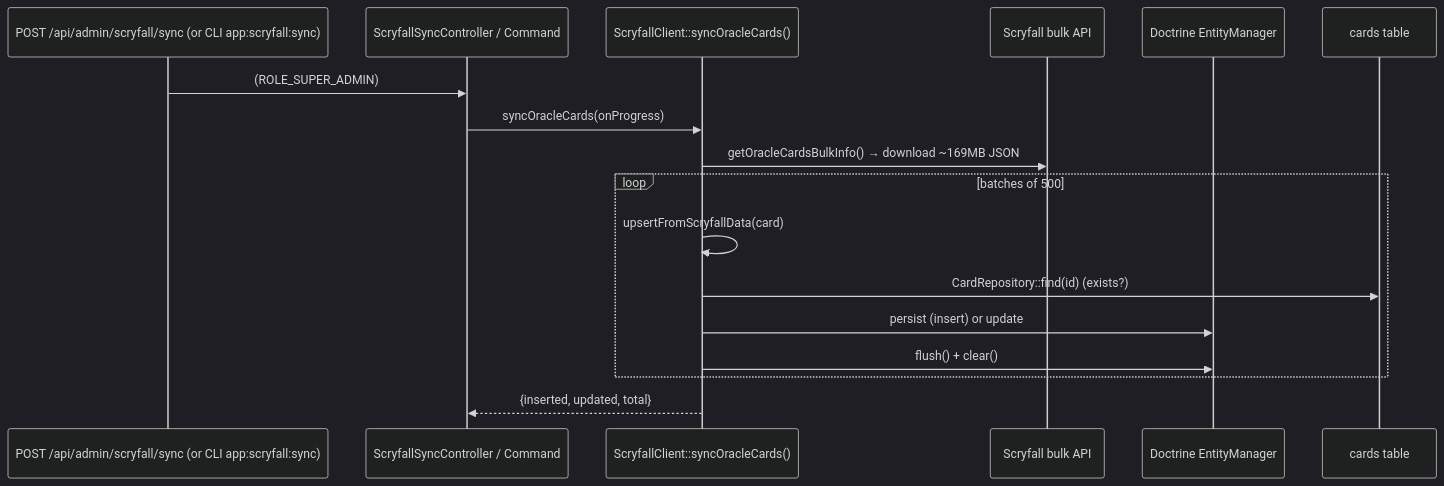
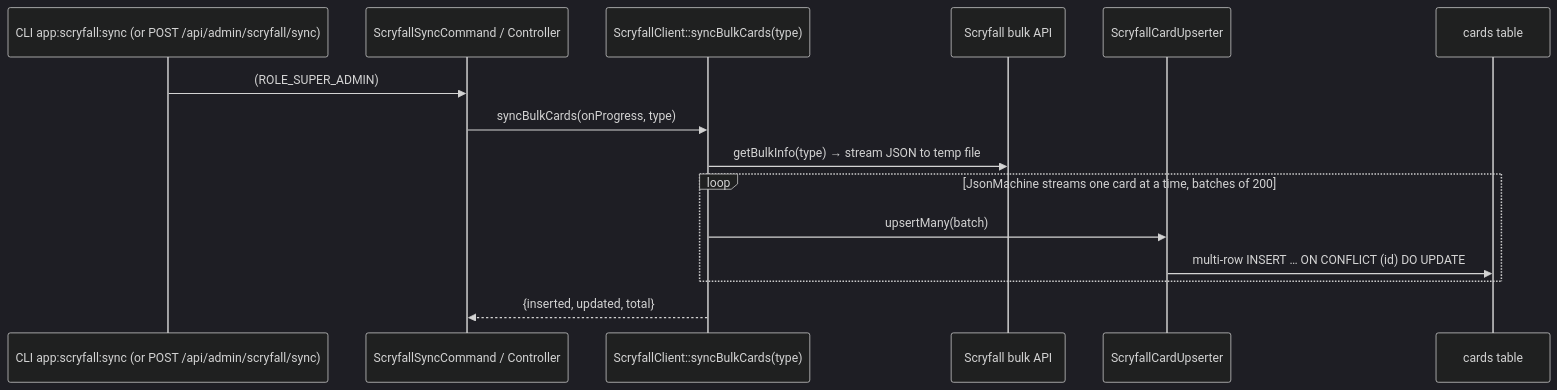
The fifth of 6 diagrams in architecture/catalog-and-inventory.md (tedy97123/store), drawn with Mermaid (dark theme) before and after one commit. The commit also changed other lines of this file and 19 other files, not shown here.

First line of the commit message:
Scale card catalog and import pipeline for multi-store growth

````diff
--- a/architecture/catalog-and-inventory.md
+++ b/architecture/catalog-and-inventory.md
@@ -121,20 +121,18 @@
 ```mermaid
 sequenceDiagram
-    participant Trigger as POST /api/admin/scryfall/sync (or CLI app:scryfall:sync)
-    participant Ctl as ScryfallSyncController / Command
-    participant SC as ScryfallClient::syncOracleCards()
+    participant Trigger as CLI app:scryfall:sync (or POST /api/admin/scryfall/sync)
+    participant Ctl as ScryfallSyncCommand / Controller
+    participant SC as ScryfallClient::syncBulkCards(type)
     participant API as Scryfall bulk API
-    participant EM as Doctrine EntityManager
+    participant UP as ScryfallCardUpserter
     participant DB as cards table
 
     Trigger->>Ctl: (ROLE_SUPER_ADMIN)
-    Ctl->>SC: syncOracleCards(onProgress)
-    SC->>API: getOracleCardsBulkInfo() → download ~169MB JSON
-    loop batches of 500
-        SC->>SC: upsertFromScryfallData(card)
-        SC->>DB: CardRepository::find(id) (exists?)
-        SC->>EM: persist (insert) or update
-        SC->>EM: flush() + clear()
+    Ctl->>SC: syncBulkCards(onProgress, type)
+    SC->>API: getBulkInfo(type) → stream JSON to temp file
+    loop JsonMachine streams one card at a time, batches of 200
+        SC->>UP: upsertMany(batch)
+        UP->>DB: multi-row INSERT … ON CONFLICT (id) DO UPDATE
     end
     SC-->>Ctl: {inserted, updated, total}
 ```
````
